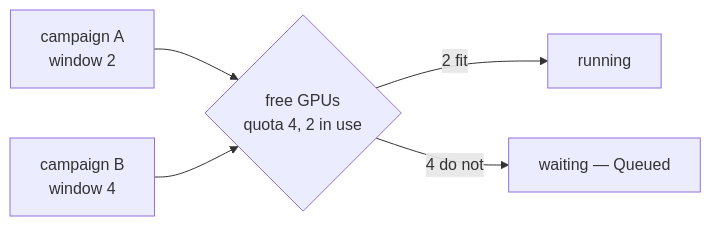
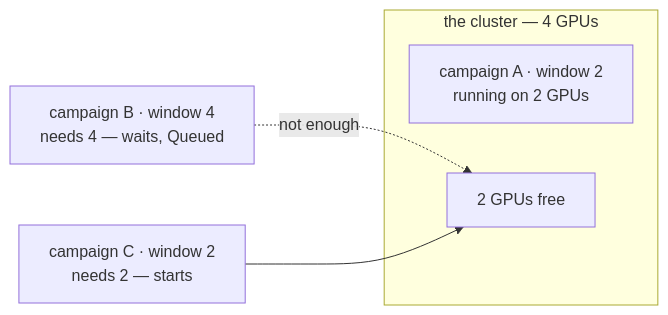
One commit to AI-Riksarkivet/htrflow-batch changed the diagram in docs/slides/assets/part-1-from-one-folder-to-the-archive-9.mmd. Above: the diagram before and after it, drawn with Mermaid. The commit also changed 2 other files, not shown here.

Commit message:
docs(slides): say plainly when a campaign waits for GPUs
The queue slide in part 1 is now When there are not enough GPUs: a
four-GPU cluster with one campaign running on two, a campaign asking for
four that waits and a campaign asking for two that starts, and two plain
sentences instead of the doorman.

Claude-Session: https://claude.ai/code/session_01HGkpuggZmaB7oiGwzxD1JG

```diff
--- a/docs/slides/assets/part-1-from-one-folder-to-the-archive-9.mmd
+++ b/docs/slides/assets/part-1-from-one-folder-to-the-archive-9.mmd
@@ -1,10 +1,9 @@
 flowchart LR
-  A["campaign A<br/>window 2"]
-  Bq["campaign B<br/>window 4"]
-  Q{"free GPUs<br/>quota 4, 2 in use"}
-  R["running"]
-  W["waiting — Queued"]
-  A --> Q
-  Bq --> Q
-  Q -->|"2 fit"| R
-  Q -->|"4 do not"| W
+  subgraph CL["the cluster — 4 GPUs"]
+    A["campaign A · window 2<br/>running on 2 GPUs"]
+    FREE["2 GPUs free"]
+  end
+  B["campaign B · window 4<br/>needs 4 — waits, Queued"]
+  C["campaign C · window 2<br/>needs 2 — starts"]
+  B -. "not enough" .-> FREE
+  C --> FREE
```
